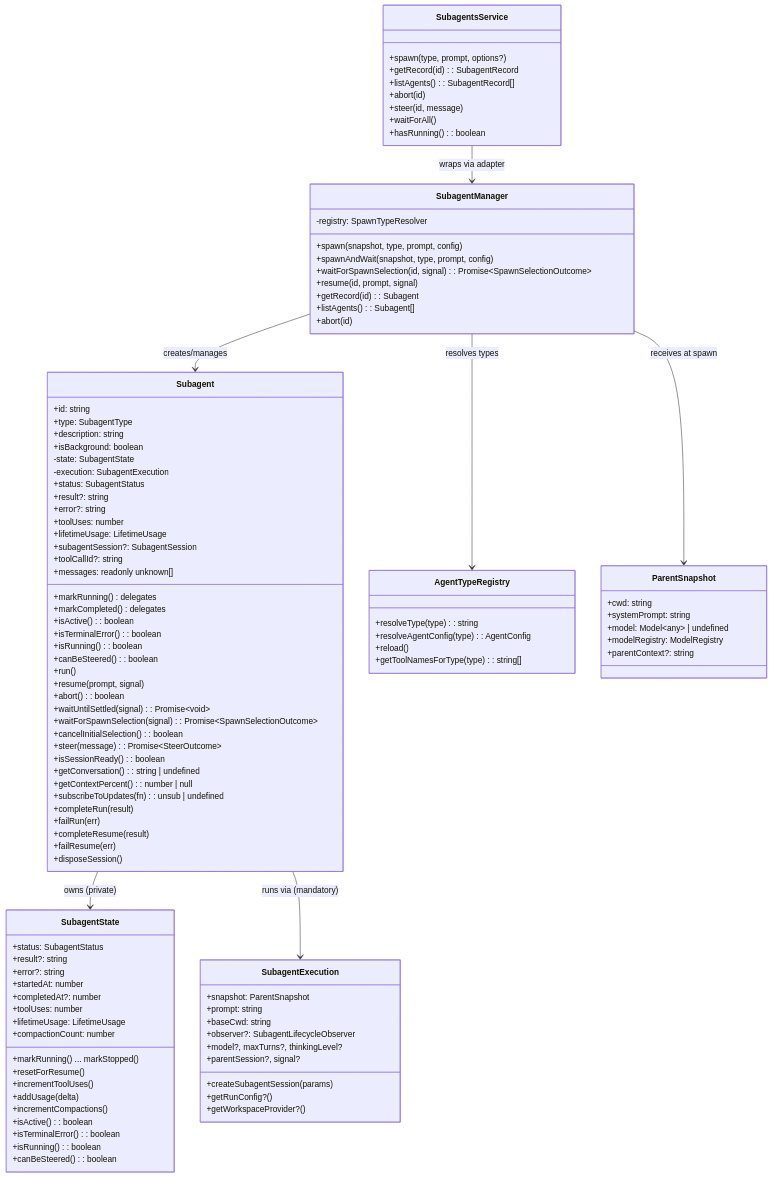
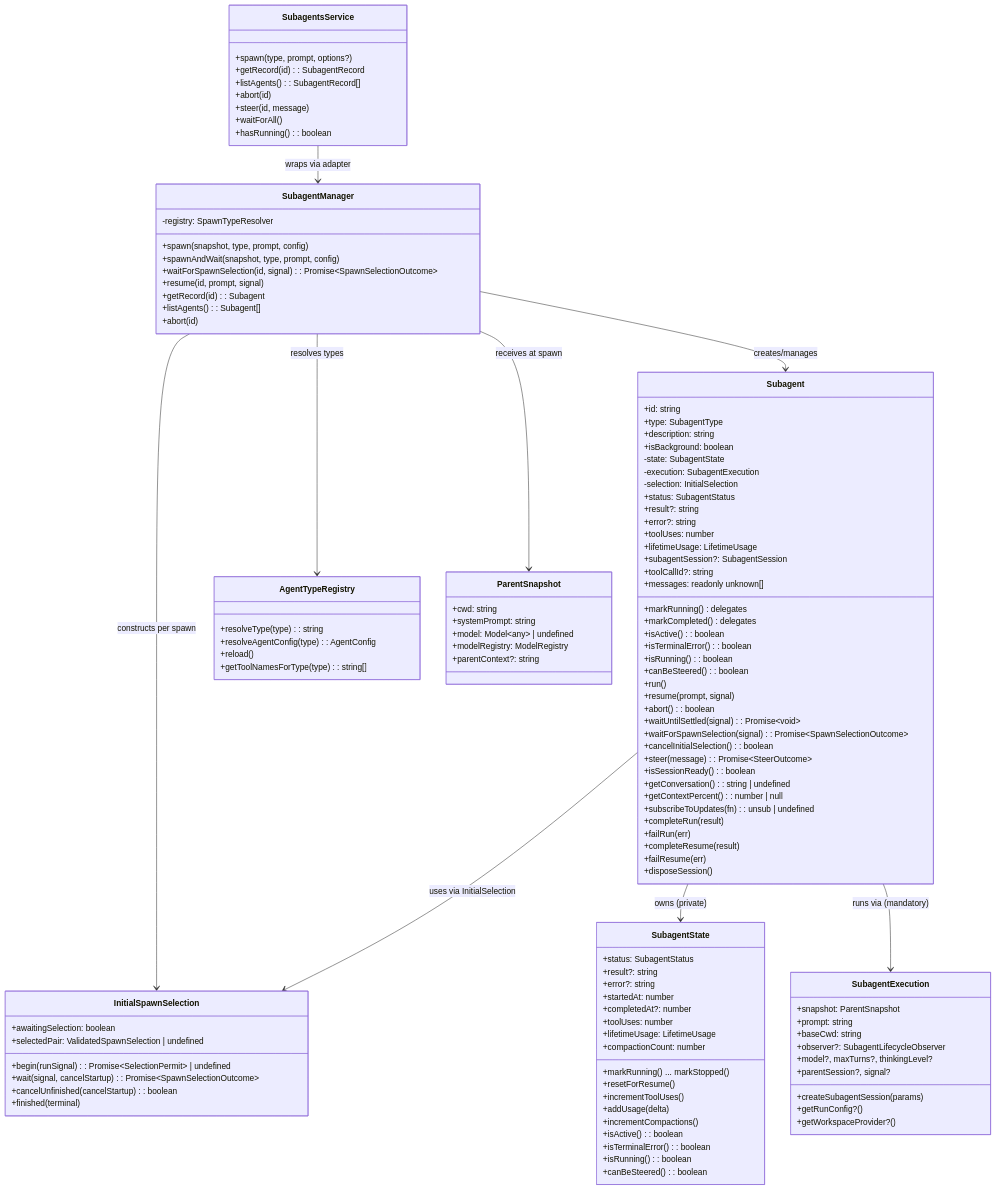
One commit to Jopqior/gotgenes-pi-packages changed the second of 6 diagrams in packages/pi-subagents/docs/architecture/architecture.md. Above: the diagram before and after it, drawn with Mermaid. The commit also changed other lines of this file and 18 other files, not shown here.

Commit message:
refactor(pi-subagents): delegate startup selection to its lifecycle owner

```diff
--- a/packages/pi-subagents/docs/architecture/architecture.md
+++ b/packages/pi-subagents/docs/architecture/architecture.md
@@ -147,6 +149,7 @@
         +isBackground: boolean
         -state: SubagentState
         -execution: SubagentExecution
+        -selection: InitialSelection
         +status: SubagentStatus
         +result?: string
         +error?: string
@@ -177,6 +180,15 @@
         +completeResume(result)
         +failResume(err)
         +disposeSession()
+    }
+
+    class InitialSpawnSelection {
+        +awaitingSelection: boolean
+        +selectedPair: ValidatedSpawnSelection | undefined
+        +begin(runSignal): Promise~SelectionPermit~ | undefined
+        +wait(signal, cancelStartup): Promise~SpawnSelectionOutcome~
+        +cancelUnfinished(cancelStartup): boolean
+        +finished(terminal)
     }
 
     class SubagentState {
@@ -248,6 +260,8 @@
     }
 
     SubagentManager --> Subagent : creates/manages
+    SubagentManager --> InitialSpawnSelection : constructs per spawn
+    Subagent --> InitialSpawnSelection : uses via InitialSelection
     Subagent --> SubagentState : owns (private)
     Subagent --> SubagentExecution : runs via (mandatory)
     SubagentManager --> ParentSnapshot : receives at spawn
```
